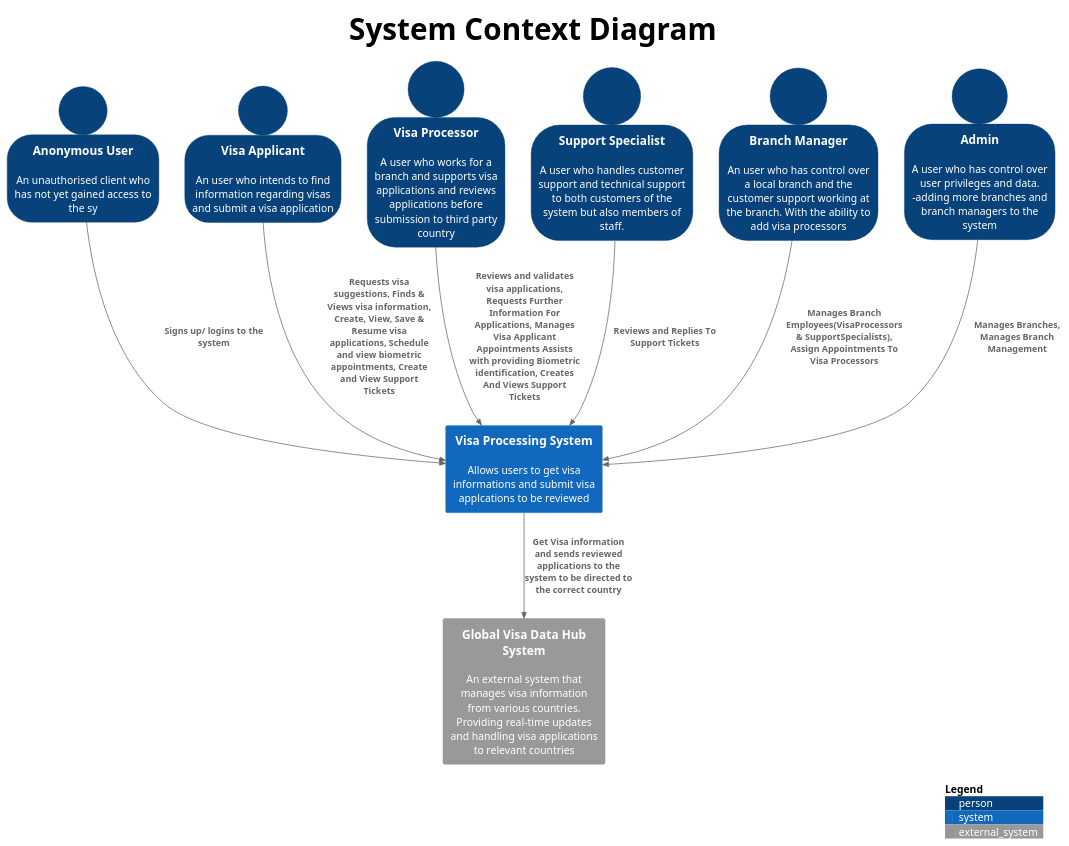
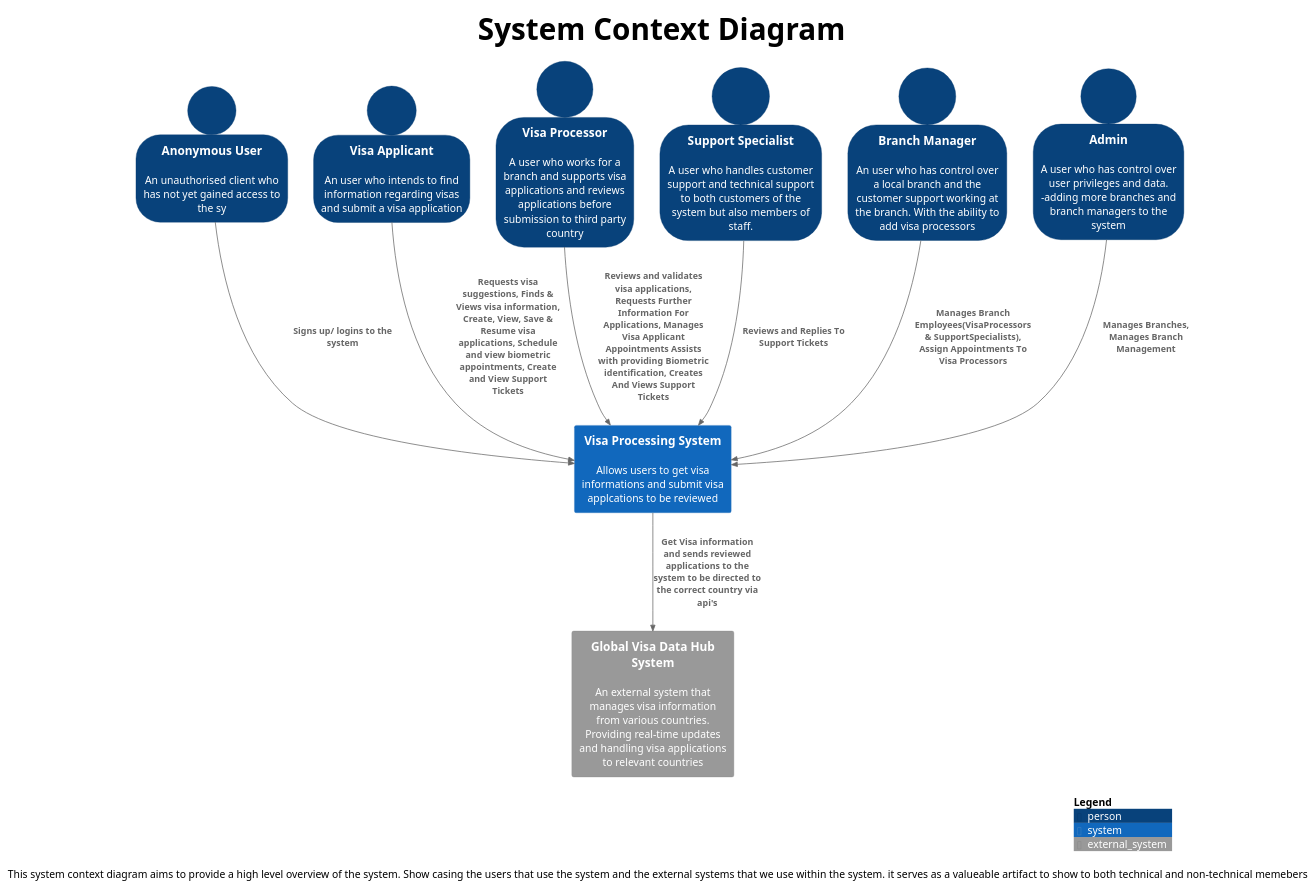
One commit to kierenadkins/Software-Architecture changed the diagram in docs/diagrams/C4/System_Context_Diagram.puml. Above: the diagram before and after it, drawn with PlantUML. The commit also changed 38 other files, not shown here.

```diff
--- a/docs/diagrams/C4/System_Context_Diagram.puml
+++ b/docs/diagrams/C4/System_Context_Diagram.puml
@@ -1,25 +1,26 @@
 @startuml "System Context"
 !include https://raw.githubusercontent.com/plantuml-stdlib/C4-PlantUML/master/C4_Container.puml
 
 SHOW_PERSON_OUTLINE()
 
 title <size:40> System Context Diagram
+caption "This system context diagram aims to provide a high level overview of the system. Show casing the users that use the system and the external systems that we use within the system. it serves as a valueable artifact to show to both technical and non-technical memebers"
 Person(anonymousUser, Anonymous User, "An unauthorised client who has not yet gained access to the sy")
 Person(visaApplicant, Visa Applicant, "An user who intends to find information regarding visas and submit a visa application")
 Person(visaOfficer, Visa Processor, "A user who works for a branch and supports visa applications and reviews applications before submission to third party country")
 Person(supportSpecialist, Support Specialist , "A user who handles customer support and technical support to both customers of the system but also members of staff.")
 Person(branchManager, Branch Manager, "An user who has control over a local branch and the customer support working at the branch. With the ability to add visa processors")
 Person(admin, Admin, "A user who has control over user privileges and data. -adding more branches and branch managers to the system")
 System(processingSystem, "Visa Processing System", "Allows users to get visa informations and submit visa applcations to be reviewed")
 System_Ext(globalVisaDataHubSystem, "Global Visa Data Hub System", "An external system that manages visa information from various countries. Providing real-time updates and handling visa applications to relevant countries ")
 
 Rel_D(anonymousUser, processingSystem, "Signs up/ logins to the system")
 Rel_D(visaApplicant, processingSystem, "Requests visa suggestions, Finds & Views visa information, Create, View, Save & Resume visa applications, Schedule and view biometric appointments, Create and View Support Tickets")
 Rel_D(visaOfficer, processingSystem, "Reviews and validates visa applications, Requests Further Information For Applications, Manages Visa Applicant Appointments Assists with providing Biometric identification, Creates And Views Support Tickets")
 Rel_D(supportSpecialist, processingSystem, "Reviews and Replies To Support Tickets")
 Rel_D(branchManager, processingSystem, "Manages Branch Employees(VisaProcessors & SupportSpecialists), Assign Appointments To Visa Processors")
 Rel_D(admin, processingSystem, "Manages Branches, Manages Branch Management")
-Rel_D(processingSystem, globalVisaDataHubSystem, "Get Visa information and sends reviewed applications to the system to be directed to the correct country")
+Rel_D(processingSystem, globalVisaDataHubSystem, "Get Visa information and sends reviewed applications to the system to be directed to the correct country via api's")
 
 SHOW_LEGEND() 
 @enduml
```
